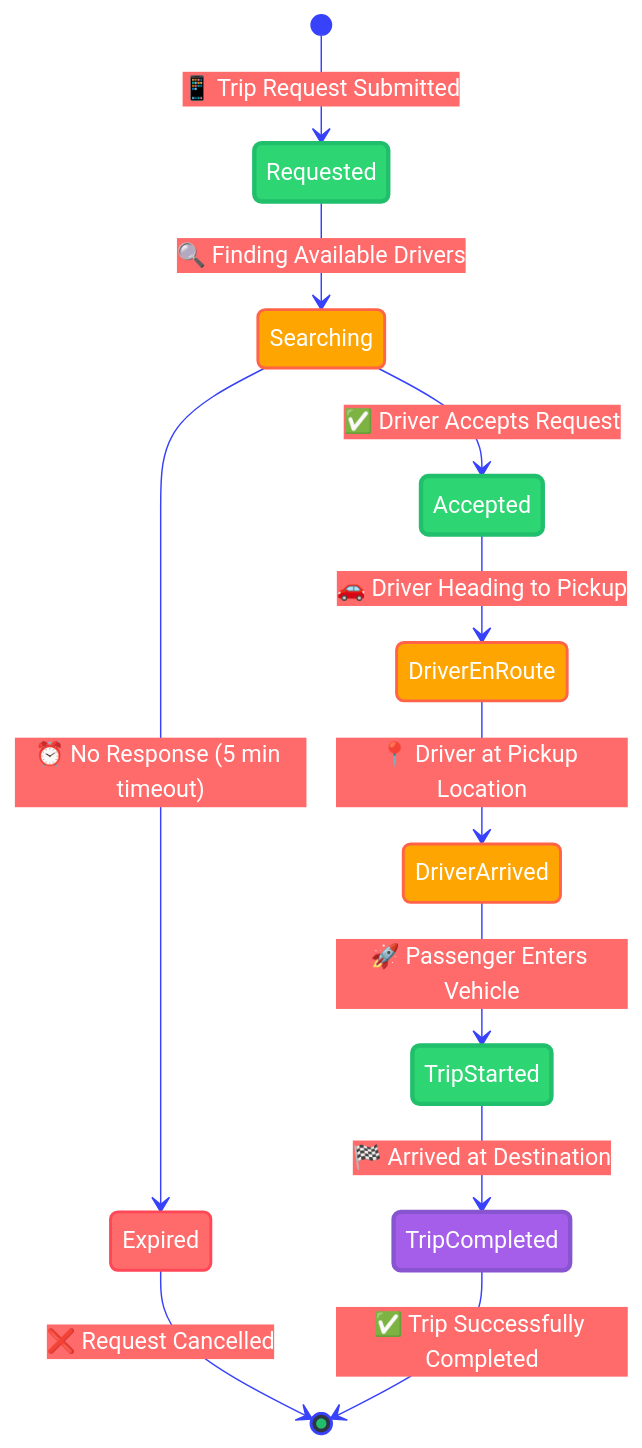
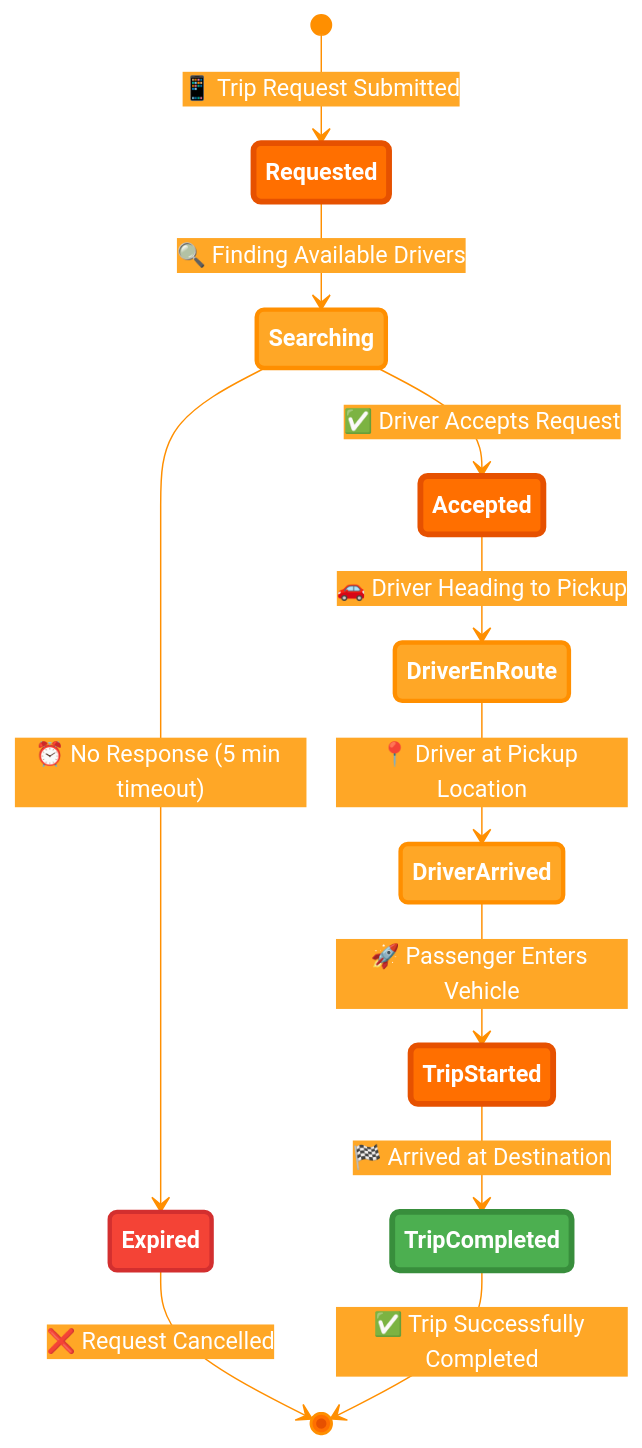
One commit to abdoElHodaky/transportapp changed the second of 19 diagrams in docs/BUSINESS_PROCESSES.md. Above: the diagram before and after it, drawn with Mermaid. The commit also changed other lines of this file and 1 other file, not shown here.

````diff
--- a/docs/BUSINESS_PROCESSES.md
+++ b/docs/BUSINESS_PROCESSES.md
@@ -110,61 +110,61 @@
 ```mermaid
 %%{init: {
   'theme': 'base',
   'themeVariables': {
-    'primaryColor': '#2ed573',
+    'primaryColor': '#FF6F00',
     'primaryTextColor': '#ffffff',
-    'primaryBorderColor': '#20bf6b',
-    'lineColor': '#3742fa',
-    'secondaryColor': '#ff6b6b',
-    'tertiaryColor': '#ffa502',
-    'background': '#1e1e1e',
-    'mainBkg': '#2f3542',
-    'secondBkg': '#57606f',
-    'tertiaryBkg': '#747d8c'
+    'primaryBorderColor': '#E65100',
+    'lineColor': '#FF8F00',
+    'secondaryColor': '#FFA726',
+    'tertiaryColor': '#FFE0B2',
+    'background': '#ffffff',
+    'mainBkg': '#FF6F00',
+    'secondBkg': '#FFA726',
+    'tertiaryBkg': '#FFE0B2'
   }
 }}%%
 
 stateDiagram-v2
     [*] --> Requested : 📱 Trip Request Submitted
     Requested --> Searching : 🔍 Finding Available Drivers
     Searching --> Expired : ⏰ No Response (5 min timeout)
     Searching --> Accepted : ✅ Driver Accepts Request
     Expired --> [*] : ❌ Request Cancelled
     Accepted --> DriverEnRoute : 🚗 Driver Heading to Pickup
     DriverEnRoute --> DriverArrived : 📍 Driver at Pickup Location
     DriverArrived --> TripStarted : 🚀 Passenger Enters Vehicle
     TripStarted --> TripCompleted : 🏁 Arrived at Destination
     TripCompleted --> [*] : ✅ Trip Successfully Completed
 
-    %% Styling
-    classDef activeState fill:#2ed573,stroke:#20bf6b,stroke-width:3px,color:#fff
-    classDef waitingState fill:#ffa502,stroke:#ff6348,stroke-width:2px,color:#fff
-    classDef errorState fill:#ff6b6b,stroke:#ff4757,stroke-width:2px,color:#fff
-    classDef finalState fill:#a55eea,stroke:#8854d0,stroke-width:3px,color:#fff
+    %% Eye-catching Business Process State Styling
+    classDef activeState fill:#FF6F00,stroke:#E65100,stroke-width:4px,color:#ffffff,font-weight:bold
+    classDef waitingState fill:#FFA726,stroke:#FF8F00,stroke-width:3px,color:#ffffff,font-weight:bold
+    classDef errorState fill:#F44336,stroke:#D32F2F,stroke-width:3px,color:#ffffff,font-weight:bold
+    classDef finalState fill:#4CAF50,stroke:#388E3C,stroke-width:4px,color:#ffffff,font-weight:bold
 
     class Requested,Accepted,TripStarted activeState
     class Searching,DriverEnRoute,DriverArrived waitingState
     class Expired errorState
     class TripCompleted finalState
     classDef success fill:#0d1117,stroke:#238636,stroke-width:3px,color:#238636,font-weight:bold;
     
     %% Warning nodes (attention needed)
     classDef warning fill:#0d1117,stroke:#d29922,stroke-width:3px,color:#d29922,font-weight:bold,stroke-dasharray: 5 5;
     
     %% Error nodes (problems/failures)
     classDef error fill:#0d1117,stroke:#da3633,stroke-width:3px,color:#da3633,font-weight:bold,stroke-dasharray: 10 5;
     
     %% Database nodes (data storage)
     classDef database fill:#0d1117,stroke:#3fb950,stroke-width:4px,color:#3fb950,font-weight:bold;
     
     %% Process nodes (operations)
     classDef process fill:#21262d,stroke:#238636,stroke-width:2px,color:#aff5b4,font-weight:normal;
     
     %% Decision nodes (branching points)
     classDef decision fill:#0d1117,stroke:#d29922,stroke-width:3px,color:#d29922,font-weight:bold,stroke-dasharray: 8 4;
     
     %% External nodes (third-party services)
     classDef external fill:#0d1117,stroke:#2ea043,stroke-width:2px,color:#2ea043,font-weight:normal,stroke-dasharray: 3 3;
 
 
 ```
````
